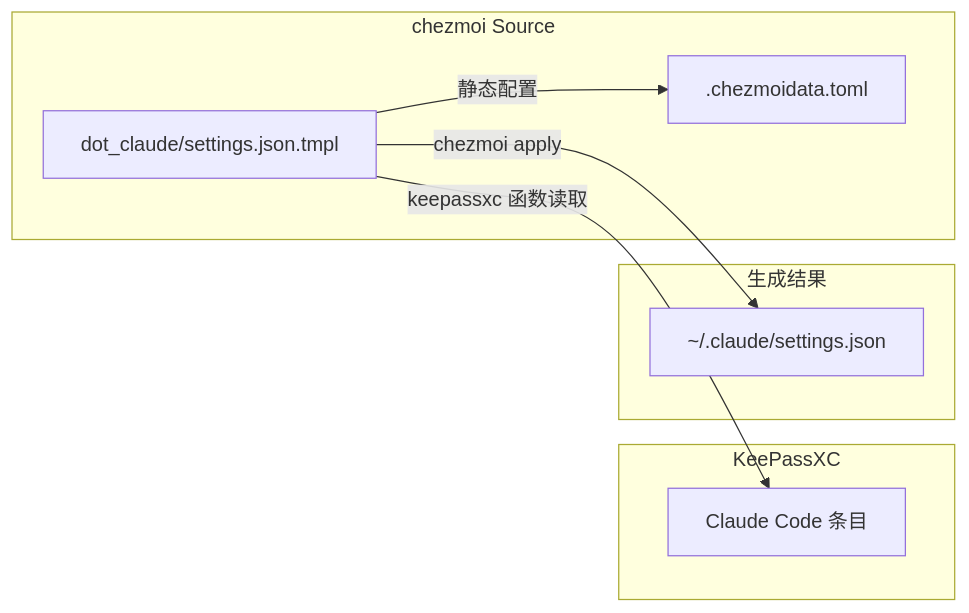
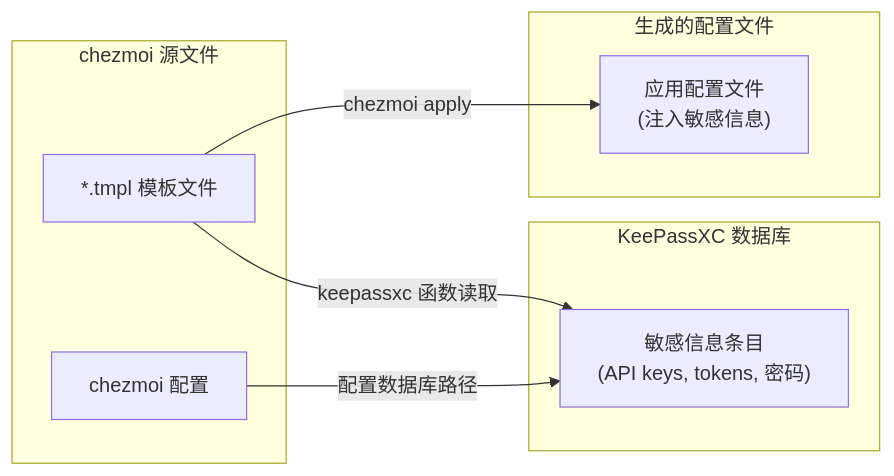
Before and after one commit to phenix3443/dotfiles: the diagram in README.md, drawn with Mermaid. The commit also changed other lines of this file, not shown here.

First line of the commit message:
重构 README：突出 chezmoi + KeePassXC 通用方案

````diff
--- a/README.md
+++ b/README.md
@@ -5,19 +14,19 @@
 ```mermaid
 flowchart LR
-    subgraph Source [chezmoi Source]
-        Template["dot_claude/settings.json.tmpl"]
-        Data[".chezmoidata.toml"]
+    subgraph Source [chezmoi 源文件]
+        Template["*.tmpl 模板文件"]
+        Data["chezmoi 配置"]
     end
 
-    subgraph KeePassXC [KeePassXC]
-        Entry["Claude Code 条目"]
+    subgraph KeePassXC [KeePassXC 数据库]
+        Entries["敏感信息条目<br/>(API keys, tokens, 密码)"]
     end
 
-    subgraph Output [生成结果]
-        Settings["~/.claude/settings.json"]
+    subgraph Output [生成的配置文件]
+        Config["应用配置文件<br/>(注入敏感信息)"]
     end
 
-    Template -->|keepassxc 函数读取| Entry
-    Template -->|静态配置| Data
-    Template -->|chezmoi apply| Settings
+    Template -->|keepassxc 函数读取| Entries
+    Template -->|chezmoi apply| Config
+    Data -->|配置数据库路径| Entries
 ```
````
